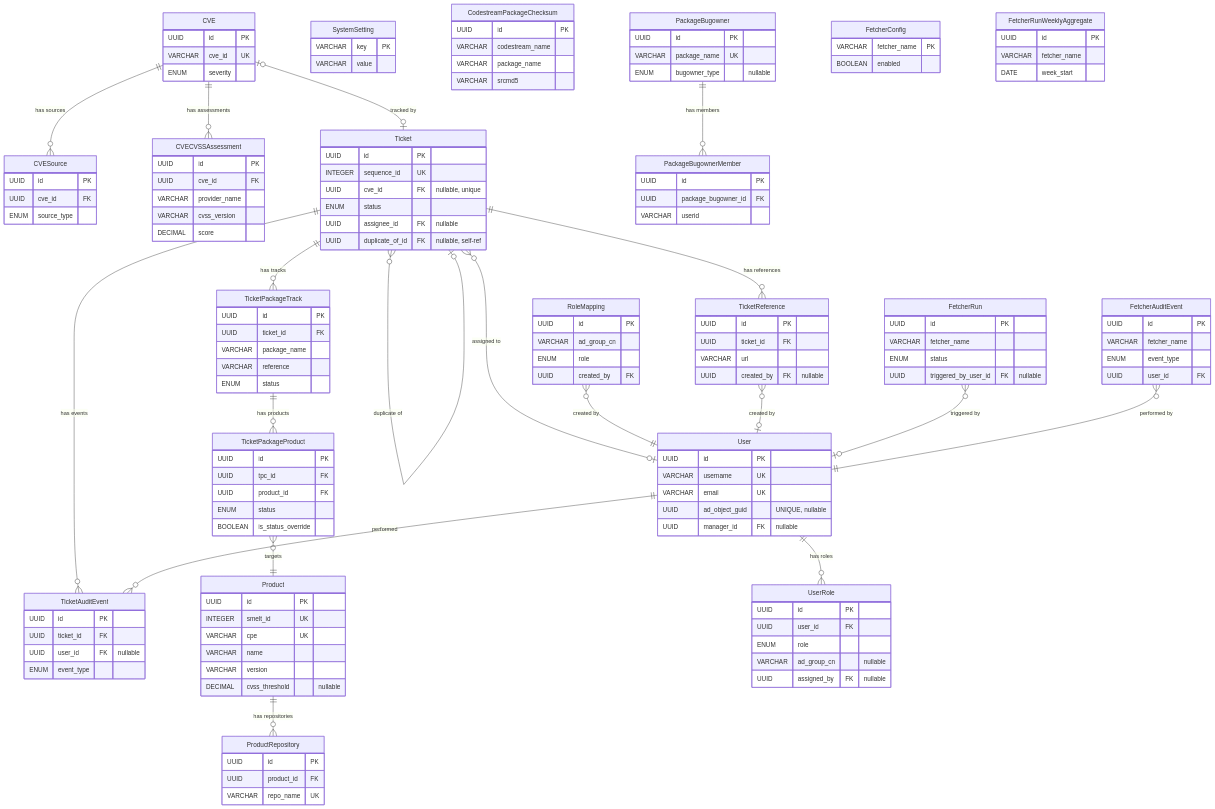
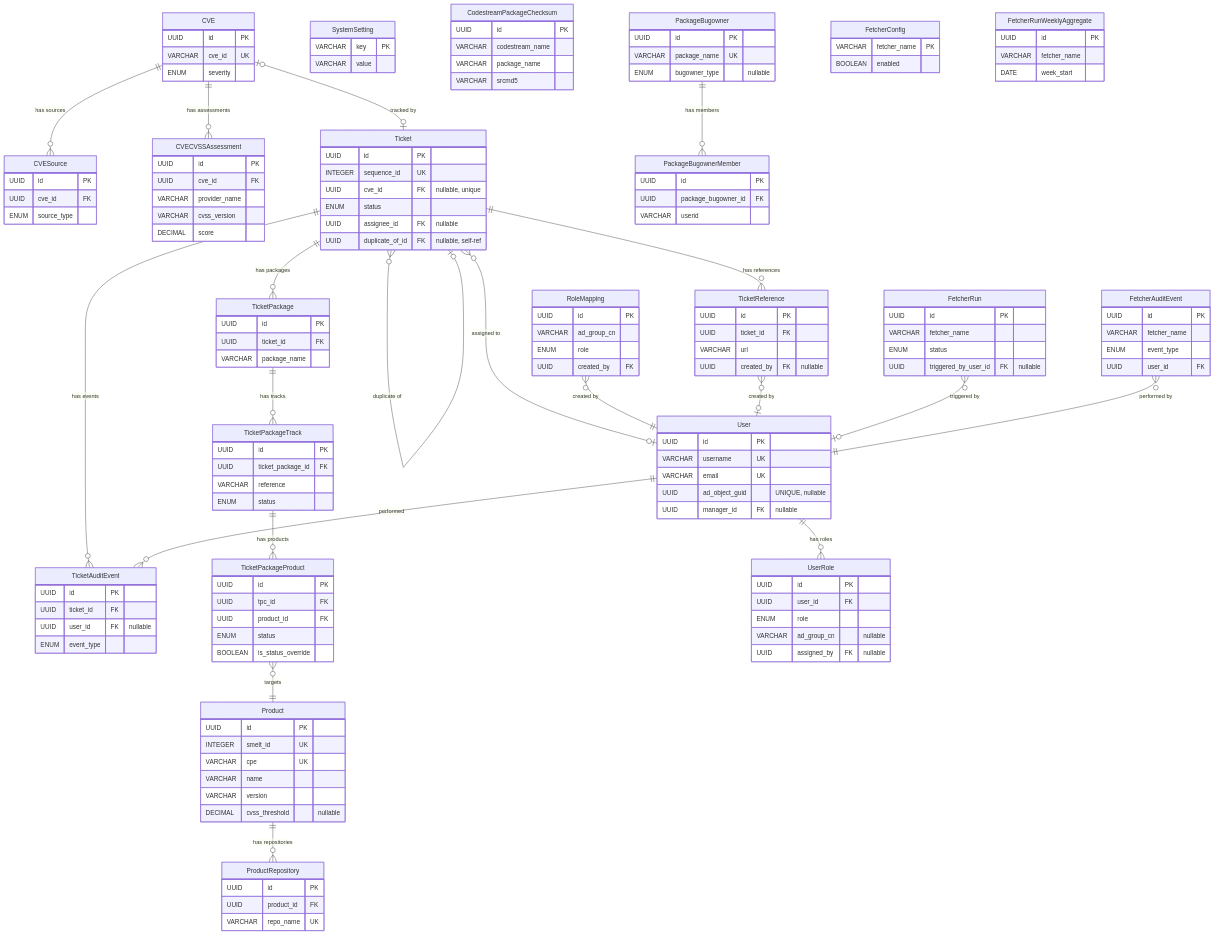
One commit to StayPirate/STAMP changed the second of 6 diagrams in docs/system-map.md. Above: the diagram before and after it, drawn with Mermaid. The commit also changed other lines of this file and 2 other files, not shown here.

```diff
--- a/docs/system-map.md
+++ b/docs/system-map.md
@@ -138,10 +138,15 @@
         UUID created_by FK "nullable"
     }
 
-    TicketPackageTrack {
+    TicketPackage {
         UUID id PK
         UUID ticket_id FK
         VARCHAR package_name
+    }
+
+    TicketPackageTrack {
+        UUID id PK
+        UUID ticket_package_id FK
         VARCHAR reference
         ENUM status
     }
@@ -247,10 +252,11 @@
 
     Ticket ||--o{ TicketAuditEvent : "has events"
     Ticket ||--o{ TicketReference : "has references"
-    Ticket ||--o{ TicketPackageTrack : "has tracks"
+    Ticket ||--o{ TicketPackage : "has packages"
     Ticket }o--o| User : "assigned to"
     Ticket }o--o| Ticket : "duplicate of"
 
+    TicketPackage ||--o{ TicketPackageTrack : "has tracks"
     TicketPackageTrack ||--o{ TicketPackageProduct : "has products"
     TicketPackageProduct }o--|| Product : "targets"
 
```
